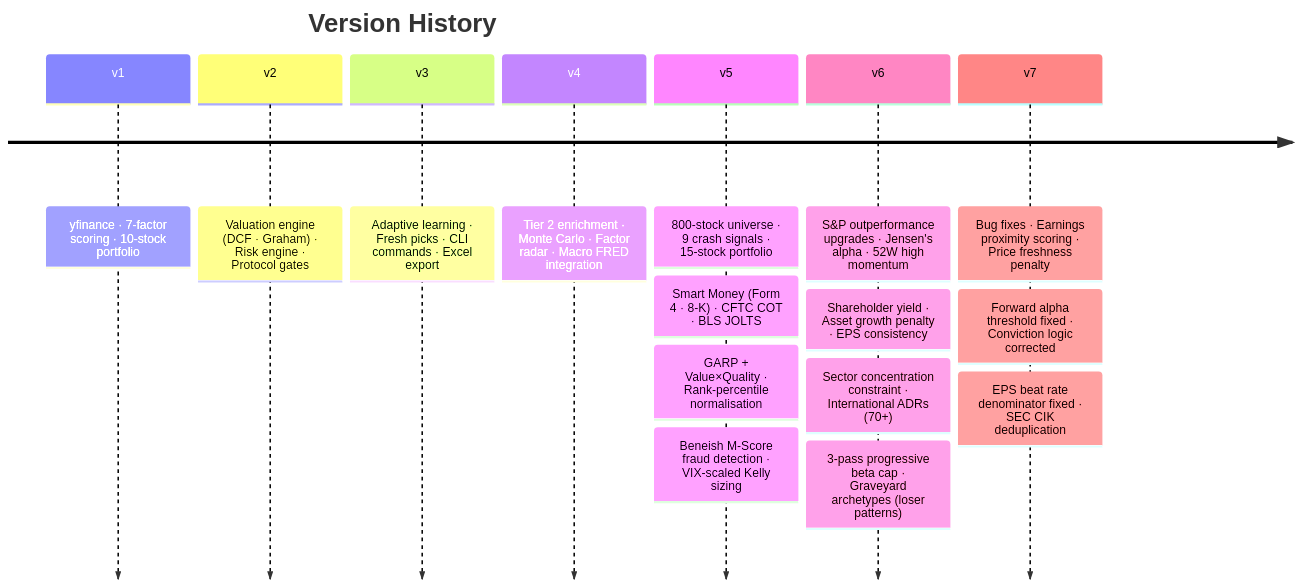
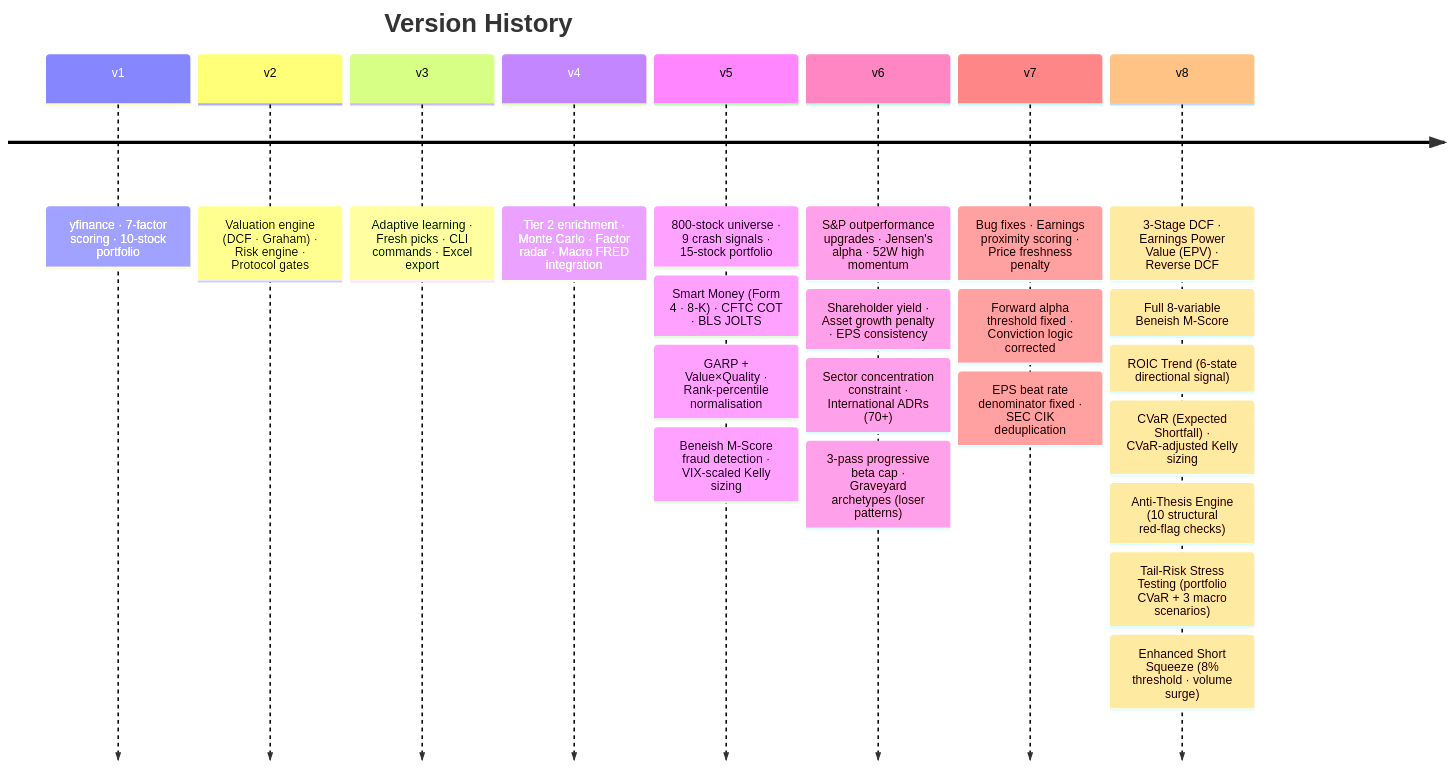
Before and after one commit to Justme-Cliff/Investing-ML: the fourth of 4 diagrams in README.md, drawn with Mermaid. The commit also changed other lines of this file and 12 other files, not shown here.

````diff
--- a/README.md
+++ b/README.md
@@ -592,19 +721,26 @@
 ```mermaid
 timeline
     title Version History
     v1 : yfinance · 7-factor scoring · 10-stock portfolio
     v2 : Valuation engine (DCF · Graham) · Risk engine · Protocol gates
     v3 : Adaptive learning · Fresh picks · CLI commands · Excel export
     v4 : Tier 2 enrichment · Monte Carlo · Factor radar · Macro FRED integration
     v5 : 800-stock universe · 9 crash signals · 15-stock portfolio
        : Smart Money (Form 4 · 8-K) · CFTC COT · BLS JOLTS
        : GARP + Value×Quality · Rank-percentile normalisation
        : Beneish M-Score fraud detection · VIX-scaled Kelly sizing
     v6 : S&P outperformance upgrades · Jensen's alpha · 52W high momentum
        : Shareholder yield · Asset growth penalty · EPS consistency
        : Sector concentration constraint · International ADRs (70+)
        : 3-pass progressive beta cap · Graveyard archetypes (loser patterns)
     v7 : Bug fixes · Earnings proximity scoring · Price freshness penalty
        : Forward alpha threshold fixed · Conviction logic corrected
        : EPS beat rate denominator fixed · SEC CIK deduplication
+    v8 : 3-Stage DCF · Earnings Power Value (EPV) · Reverse DCF
+       : Full 8-variable Beneish M-Score
+       : ROIC Trend (6-state directional signal)
+       : CVaR (Expected Shortfall) · CVaR-adjusted Kelly sizing
+       : Anti-Thesis Engine (10 structural red-flag checks)
+       : Tail-Risk Stress Testing (portfolio CVaR + 3 macro scenarios)
+       : Enhanced Short Squeeze (8% threshold · volume surge)
 ```
````
